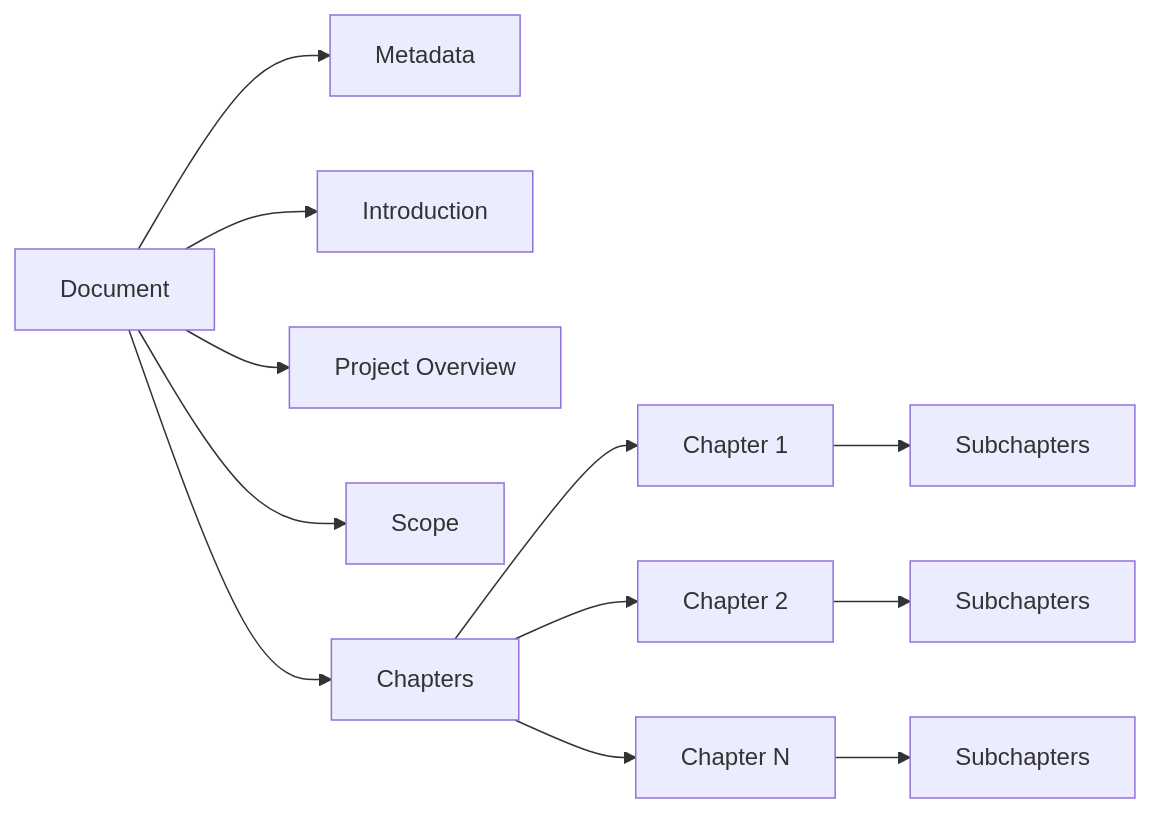
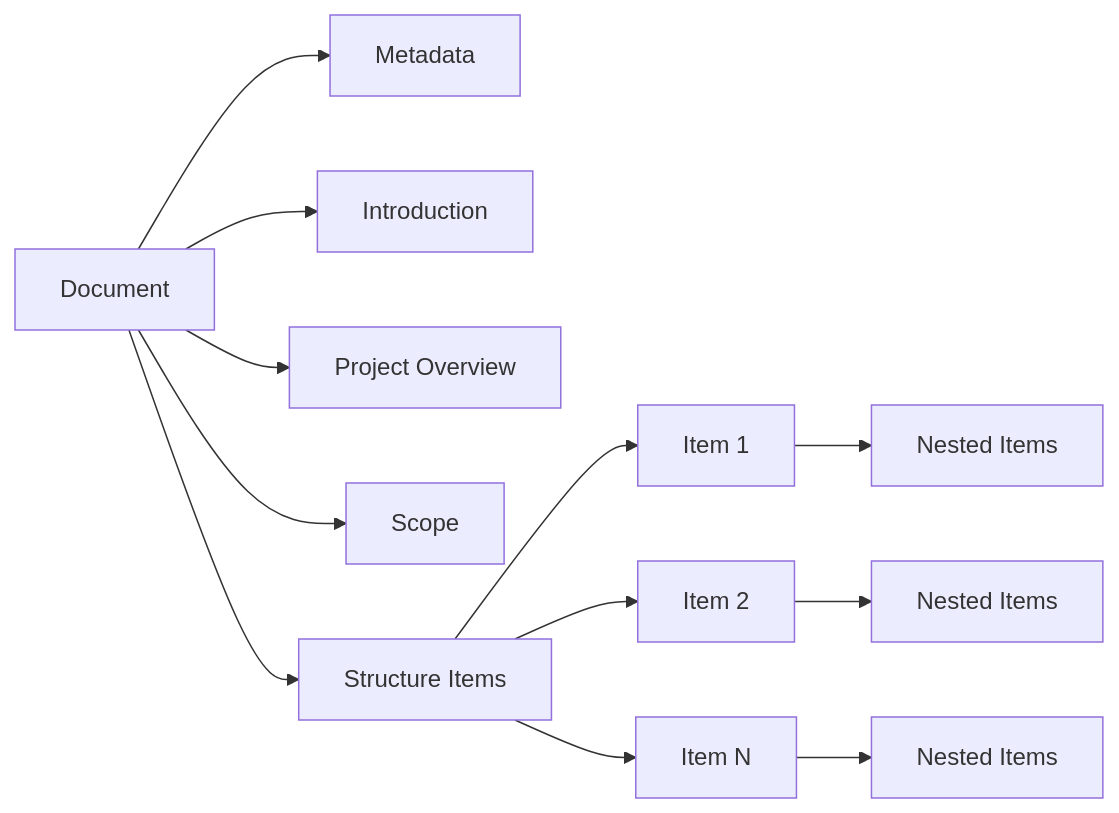
Before and after one commit to nik-x625/test2: the second of 8 diagrams in README.md, drawn with Mermaid. The commit also changed other lines of this file and 2 other files, not shown here.

````diff
--- a/README.md
+++ b/README.md
@@ -57,16 +57,16 @@
 ```mermaid
 graph LR
     A[Document] --> B[Metadata]
     A --> C[Introduction]
     A --> D[Project Overview]
     A --> E[Scope]
-    A --> F[Chapters]
+    A --> F[Structure Items]
     
-    F --> G[Chapter 1]
-    F --> H[Chapter 2]
-    F --> I[Chapter N]
+    F --> G[Item 1]
+    F --> H[Item 2]
+    F --> I[Item N]
     
-    G --> J[Subchapters]
-    H --> K[Subchapters]
-    I --> L[Subchapters]
+    G --> J[Nested Items]
+    H --> K[Nested Items]
+    I --> L[Nested Items]
 ```
````
